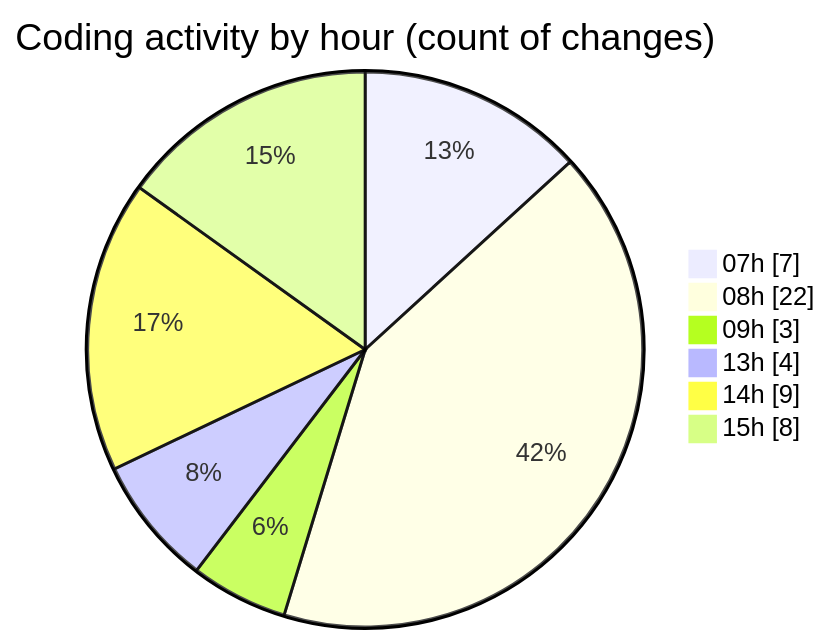
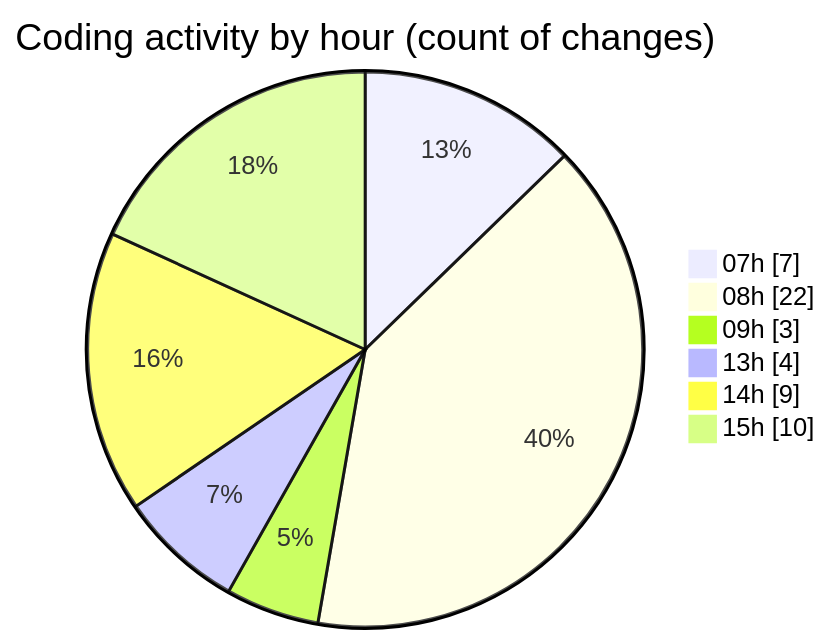
Before and after one commit to Elitesun/code-tracking: the second of 2 diagrams in 2025-05-04/niten/README.md, drawn with Mermaid. The commit also changed other lines of this file and 1 other file, not shown here.

````diff
--- a/2025-05-04/niten/README.md
+++ b/2025-05-04/niten/README.md
@@ -47,10 +49,10 @@
 ```mermaid
 pie showData
 title Coding activity by hour (count of changes)
 "07h" : 7
 "08h" : 22
 "09h" : 3
 "13h" : 4
 "14h" : 9
-"15h" : 8
+"15h" : 10
 ```
````
